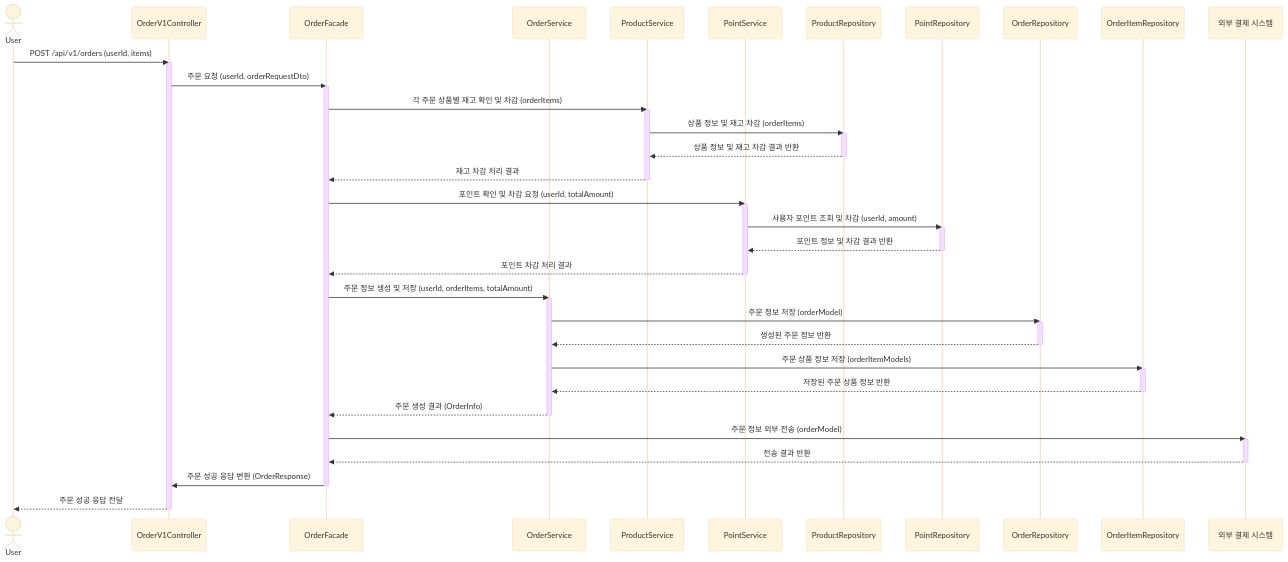
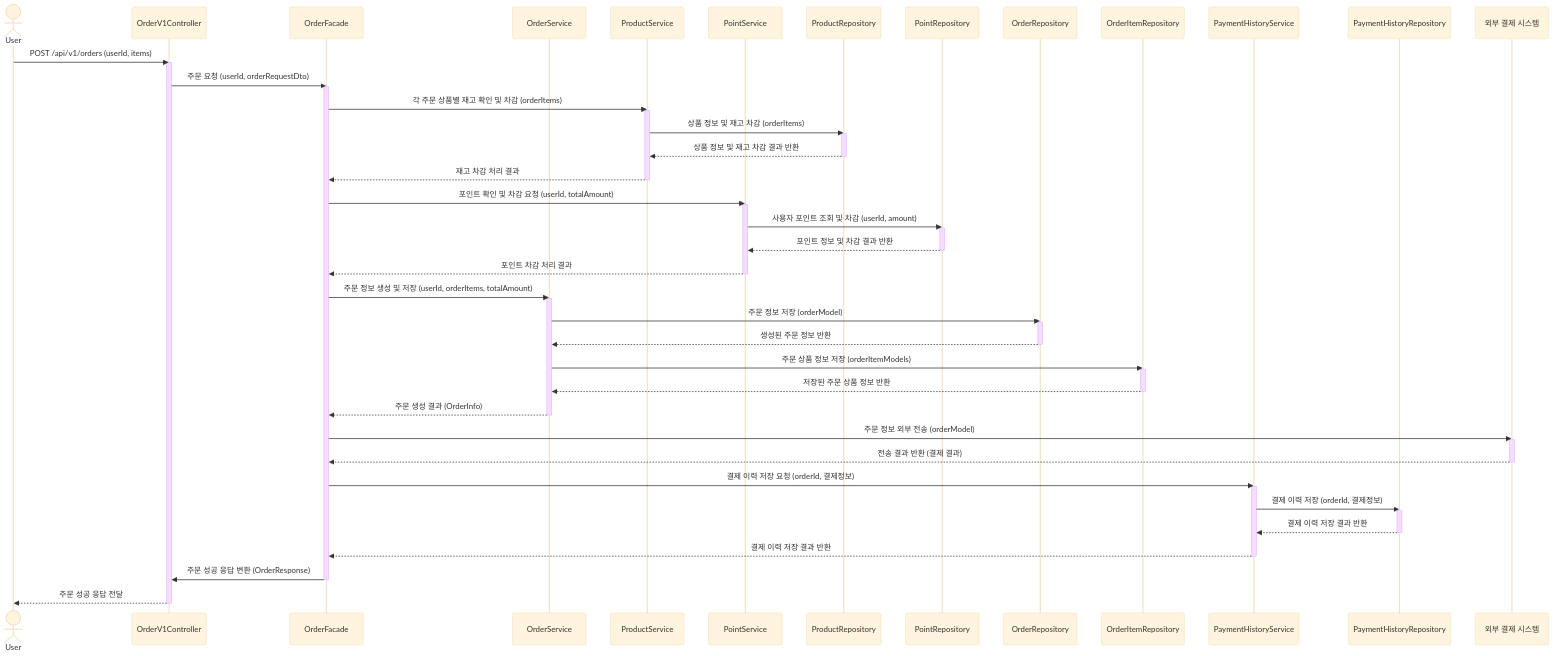
Before and after one commit to maiorem/e-commerce: the third of 3 diagrams in docs/design/02-sequence-diagrams.md, drawn with Mermaid (base theme).

Commit message:
docs: 결제 내역 저장 반영

````diff
--- a/docs/design/02-sequence-diagrams.md
+++ b/docs/design/02-sequence-diagrams.md
@@ -128,55 +128,65 @@
 ```mermaid
 sequenceDiagram
     actor User
     participant OrderV1Controller
     participant OrderFacade
     participant OrderService
     participant ProductService
     participant PointService
     participant ProductRepository
     participant PointRepository
     participant OrderRepository
     participant OrderItemRepository
+    participant PaymentHistoryService
+    participant PaymentHistoryRepository
     participant PG as 외부 결제 시스템
 
     User->>OrderV1Controller: POST /api/v1/orders (userId, items)
     activate OrderV1Controller
     OrderV1Controller->>OrderFacade: 주문 요청 (userId, orderRequestDto)
     activate OrderFacade
     OrderFacade->>ProductService: 각 주문 상품별 재고 확인 및 차감 (orderItems)
     activate ProductService
     ProductService->>ProductRepository: 상품 정보 및 재고 차감 (orderItems)
     activate ProductRepository
     ProductRepository-->>ProductService: 상품 정보 및 재고 차감 결과 반환
     deactivate ProductRepository
     ProductService-->>OrderFacade: 재고 차감 처리 결과
     deactivate ProductService
     OrderFacade->>PointService: 포인트 확인 및 차감 요청 (userId, totalAmount)
     activate PointService
     PointService->>PointRepository: 사용자 포인트 조회 및 차감 (userId, amount)
     activate PointRepository
     PointRepository-->>PointService: 포인트 정보 및 차감 결과 반환
     deactivate PointRepository
     PointService-->>OrderFacade: 포인트 차감 처리 결과
     deactivate PointService
     OrderFacade->>OrderService: 주문 정보 생성 및 저장 (userId, orderItems, totalAmount)
     activate OrderService
     OrderService->>OrderRepository: 주문 정보 저장 (orderModel)
     activate OrderRepository
     OrderRepository-->>OrderService: 생성된 주문 정보 반환
     deactivate OrderRepository
     OrderService->>OrderItemRepository: 주문 상품 정보 저장 (orderItemModels)
     activate OrderItemRepository
     OrderItemRepository-->>OrderService: 저장된 주문 상품 정보 반환
     deactivate OrderItemRepository
     OrderService-->>OrderFacade: 주문 생성 결과 (OrderInfo)
     deactivate OrderService
     OrderFacade->>PG: 주문 정보 외부 전송 (orderModel)
     activate PG
-    PG-->>OrderFacade: 전송 결과 반환
+    PG-->>OrderFacade: 전송 결과 반환 (결제 결과)
     deactivate PG
+    OrderFacade->>PaymentHistoryService: 결제 이력 저장 요청 (orderId, 결제정보)
+    activate PaymentHistoryService
+    PaymentHistoryService->>PaymentHistoryRepository: 결제 이력 저장 (orderId, 결제정보)
+    activate PaymentHistoryRepository
+    PaymentHistoryRepository-->>PaymentHistoryService: 결제 이력 저장 결과 반환
+    deactivate PaymentHistoryRepository
+    PaymentHistoryService-->>OrderFacade: 결제 이력 저장 결과 반환
+    deactivate PaymentHistoryService
     OrderFacade->>OrderV1Controller: 주문 성공 응답 변환 (OrderResponse)
     deactivate OrderFacade
     OrderV1Controller-->>User: 주문 성공 응답 전달
     deactivate OrderV1Controller
 ```
````
